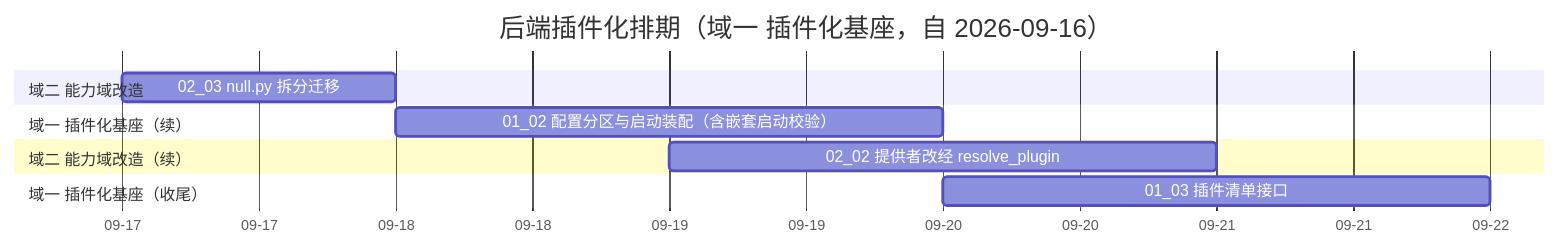
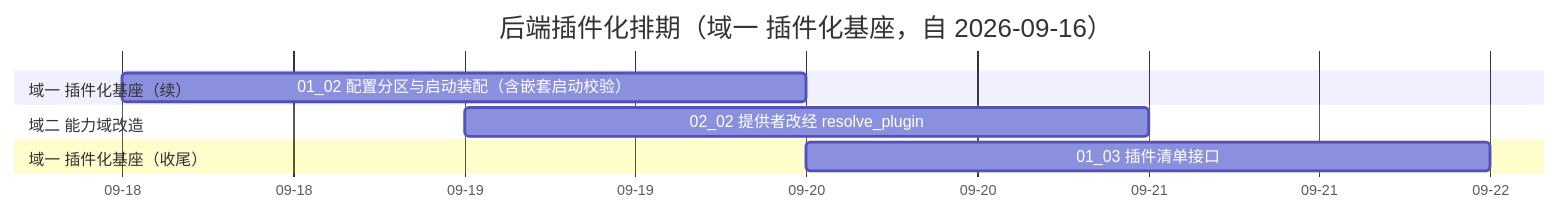
One commit to minjian123/basic-management-system changed the diagram in bms文档/项目/03_后端插件化/计划/01_计划_后端插件化.md. Above: the diagram before and after it, drawn with Mermaid. The commit also changed other lines of this file and 8 other files, not shown here.

````diff
--- a/bms文档/项目/03_后端插件化/计划/01_计划_后端插件化.md
+++ b/bms文档/项目/03_后端插件化/计划/01_计划_后端插件化.md
@@ -36,14 +36,12 @@
 ```mermaid
 gantt
     title 后端插件化排期（域一 插件化基座，自 2026-09-16）
     dateFormat  YYYY-MM-DD
     axisFormat %m-%d
-    section 域二 能力域改造
-    02_03 null.py 拆分迁移 :t0203, 2026-09-17, 1d
     section 域一 插件化基座（续）
     01_02 配置分区与启动装配（含嵌套启动校验） :t0102, 2026-09-18, 2d
-    section 域二 能力域改造（续）
+    section 域二 能力域改造
     02_02 提供者改经 resolve_plugin :t0202, 2026-09-19, 2d
     section 域一 插件化基座（收尾）
     01_03 插件清单接口 :t0103, 2026-09-20, 2d
 ```
````
